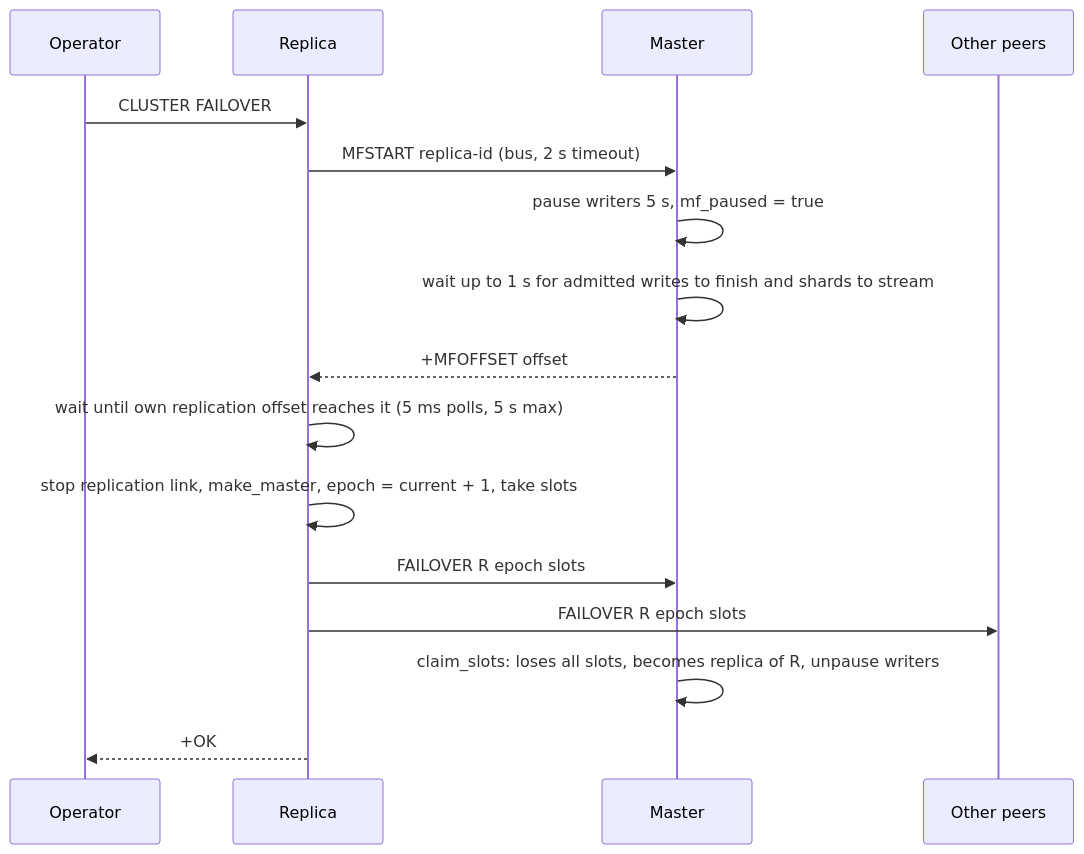
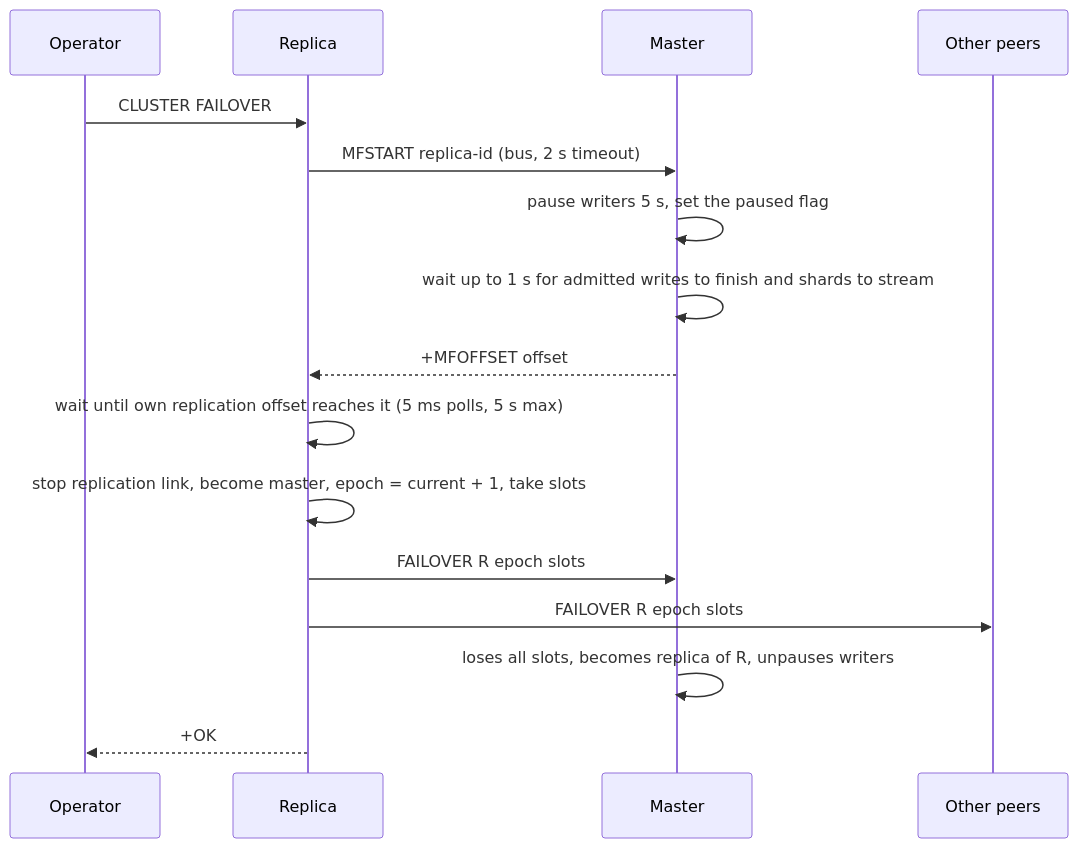
One commit to warrenzhu25/rudis changed the second of 2 diagrams in docs/internal/11_cluster_topology.md. Above: the diagram before and after it, drawn with Mermaid. The commit also changed other lines of this file, not shown here.

````diff
--- a/docs/internal/11_cluster_topology.md
+++ b/docs/internal/11_cluster_topology.md
@@ -485,18 +445,18 @@
 ```mermaid
 sequenceDiagram
     participant Op as Operator
     participant R as Replica
     participant M as Master
     participant P as Other peers
     Op->>R: CLUSTER FAILOVER
     R->>M: MFSTART replica-id (bus, 2 s timeout)
-    M->>M: pause writers 5 s, mf_paused = true
+    M->>M: pause writers 5 s, set the paused flag
     M->>M: wait up to 1 s for admitted writes to finish and shards to stream
     M-->>R: +MFOFFSET offset
     R->>R: wait until own replication offset reaches it (5 ms polls, 5 s max)
-    R->>R: stop replication link, make_master, epoch = current + 1, take slots
+    R->>R: stop replication link, become master, epoch = current + 1, take slots
     R->>M: FAILOVER R epoch slots
     R->>P: FAILOVER R epoch slots
-    M->>M: claim_slots: loses all slots, becomes replica of R, unpause writers
+    M->>M: loses all slots, becomes replica of R, unpauses writers
     R-->>Op: +OK
 ```
````
